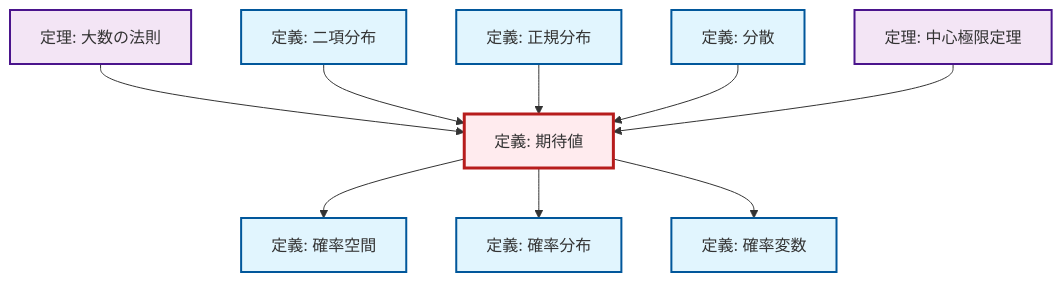
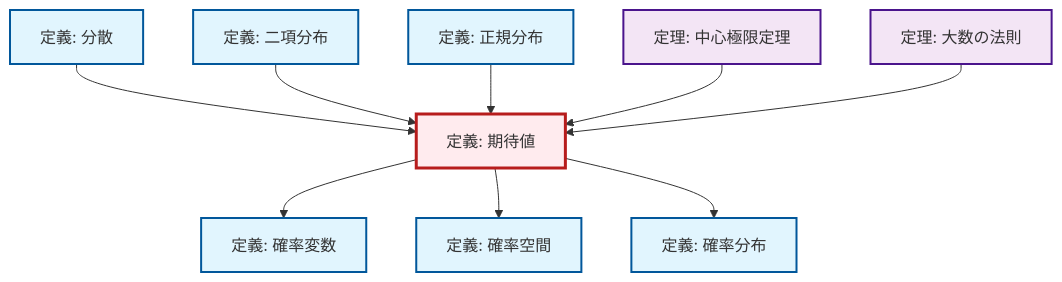
The second of 2 diagrams in content/ja/probability-statistics/def-expectation.qmd (RK0429/ModernMath), drawn with Mermaid before and after one commit. The commit also changed other lines of this file and 1012 other files, not shown here.

````diff
--- a/content/ja/probability-statistics/def-expectation.qmd
+++ b/content/ja/probability-statistics/def-expectation.qmd
@@ -89,35 +89,35 @@
 ```{mermaid}
 %%| fig-cap: "Local dependency graph"
 graph TD
     classDef definition fill:#e1f5fe,stroke:#01579b,stroke-width:2px
     classDef theorem fill:#f3e5f5,stroke:#4a148c,stroke-width:2px
     classDef axiom fill:#fff3e0,stroke:#e65100,stroke-width:2px
     classDef example fill:#e8f5e9,stroke:#1b5e20,stroke-width:2px
     classDef current fill:#ffebee,stroke:#b71c1c,stroke-width:3px
+    def-probability-distribution["定義: 確率分布"]:::definition
     def-expectation["定義: 期待値"]:::definition
     thm-central-limit["定理: 中心極限定理"]:::theorem
+    def-random-variable["定義: 確率変数"]:::definition
     def-binomial-distribution["定義: 二項分布"]:::definition
-    def-random-variable["定義: 確率変数"]:::definition
+    thm-law-of-large-numbers["定理: 大数の法則"]:::theorem
+    def-normal-distribution["定義: 正規分布"]:::definition
+    def-probability-space["定義: 確率空間"]:::definition
     def-variance["定義: 分散"]:::definition
-    def-probability-space["定義: 確率空間"]:::definition
-    thm-law-of-large-numbers["定理: 大数の法則"]:::theorem
-    def-probability-distribution["定義: 確率分布"]:::definition
-    def-normal-distribution["定義: 正規分布"]:::definition
+    def-expectation --> def-random-variable
+    def-variance --> def-expectation
+    def-binomial-distribution --> def-expectation
+    def-expectation --> def-probability-space
+    def-expectation --> def-probability-distribution
+    def-normal-distribution --> def-expectation
+    thm-central-limit --> def-expectation
     thm-law-of-large-numbers --> def-expectation
-    def-expectation --> def-probability-space
-    def-binomial-distribution --> def-expectation
-    def-normal-distribution --> def-expectation
-    def-variance --> def-expectation
-    thm-central-limit --> def-expectation
-    def-expectation --> def-probability-distribution
-    def-expectation --> def-random-variable
     class def-expectation current
+    click def-probability-distribution "def-probability-distribution.html" "確率分布の定義へ"
     click thm-central-limit "thm-central-limit.html" "中心極限定理の定理へ"
+    click def-random-variable "def-random-variable.html" "確率変数の定義へ"
     click def-binomial-distribution "def-binomial-distribution.html" "二項分布の定義へ"
-    click def-random-variable "def-random-variable.html" "確率変数の定義へ"
+    click thm-law-of-large-numbers "thm-law-of-large-numbers.html" "大数の法則の定理へ"
+    click def-normal-distribution "def-normal-distribution.html" "正規分布の定義へ"
+    click def-probability-space "def-probability-space.html" "確率空間の定義へ"
     click def-variance "def-variance.html" "分散の定義へ"
-    click def-probability-space "def-probability-space.html" "確率空間の定義へ"
-    click thm-law-of-large-numbers "thm-law-of-large-numbers.html" "大数の法則の定理へ"
-    click def-probability-distribution "def-probability-distribution.html" "確率分布の定義へ"
-    click def-normal-distribution "def-normal-distribution.html" "正規分布の定義へ"
 ```
````
